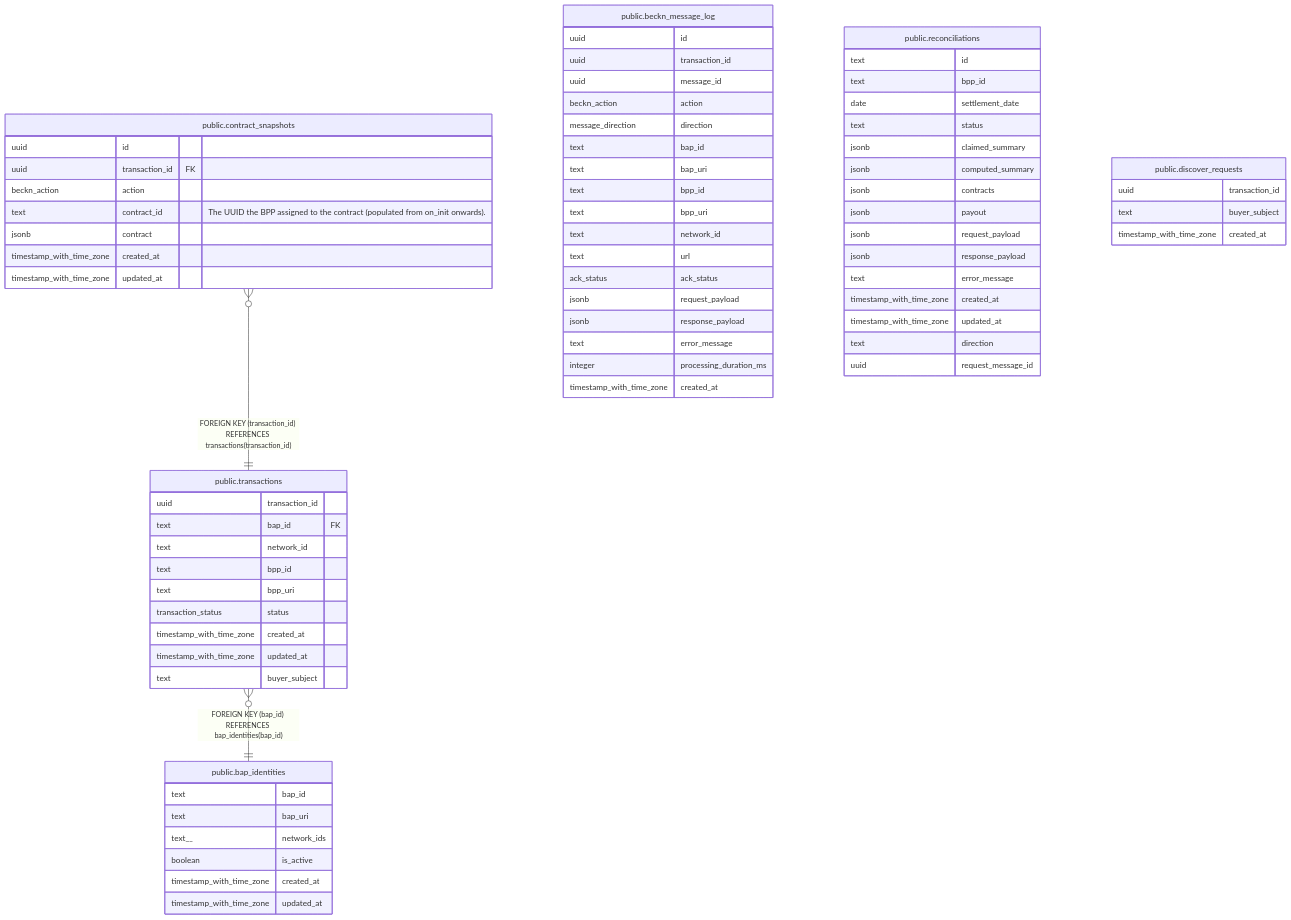
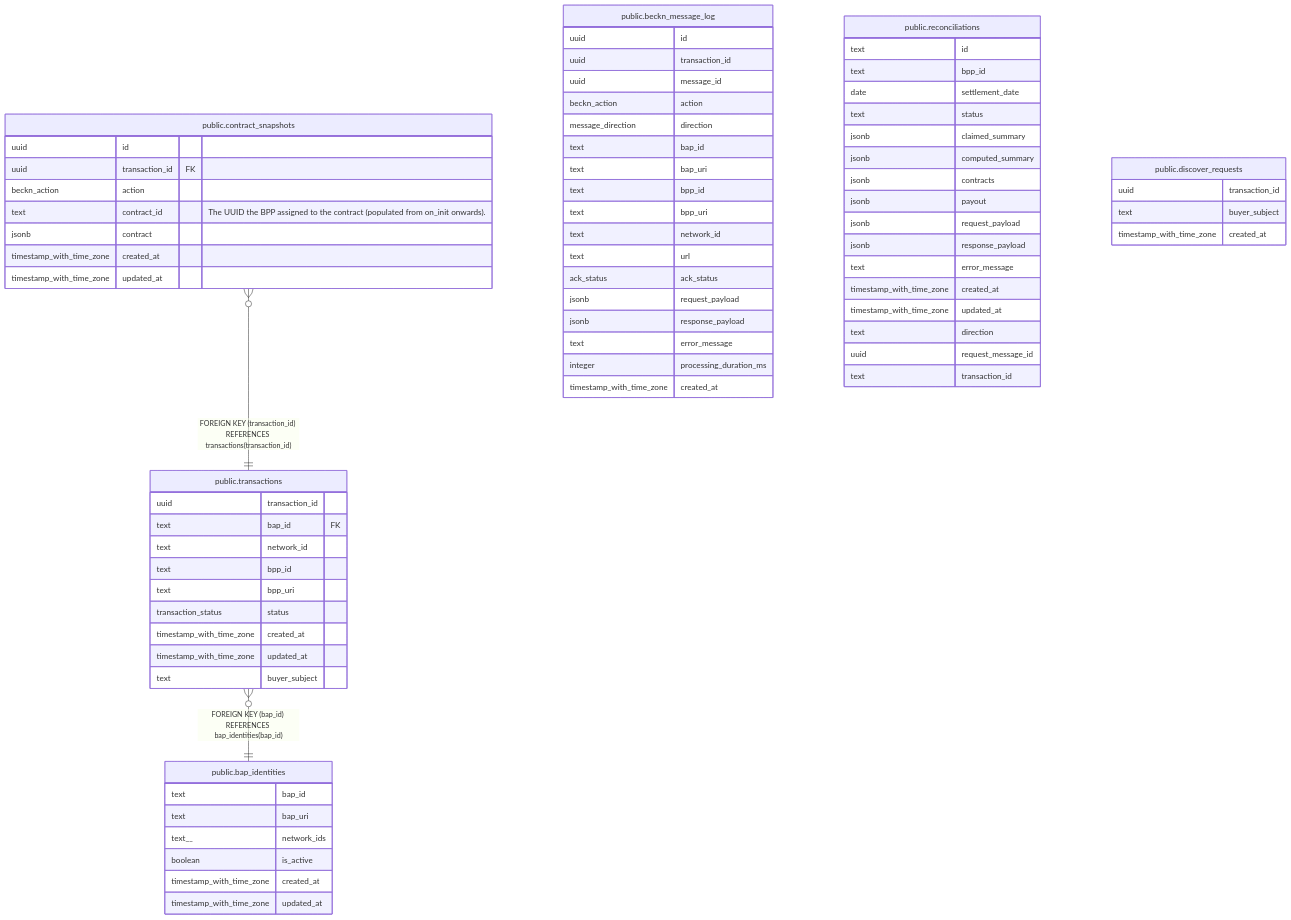
The first of 7 diagrams in docs/db/bap.md (indonesiaopennetwork/reference-app), drawn with Mermaid before and after one commit. The commit also changed other lines of this file and 13 other files, not shown here.

````diff
--- a/docs/db/bap.md
+++ b/docs/db/bap.md
@@ -71,76 +72,77 @@
 ```mermaid
 erDiagram
 
 "public.transactions" }o--|| "public.bap_identities" : "FOREIGN KEY (bap_id) REFERENCES bap_identities(bap_id)"
 "public.contract_snapshots" }o--|| "public.transactions" : "FOREIGN KEY (transaction_id) REFERENCES transactions(transaction_id)"
 
 "public.bap_identities" {
   text bap_id ""
   text bap_uri ""
   text__ network_ids ""
   boolean is_active ""
   timestamp_with_time_zone created_at ""
   timestamp_with_time_zone updated_at ""
 }
 "public.transactions" {
   uuid transaction_id ""
   text bap_id FK ""
   text network_id ""
   text bpp_id ""
   text bpp_uri ""
   transaction_status status ""
   timestamp_with_time_zone created_at ""
   timestamp_with_time_zone updated_at ""
   text buyer_subject ""
 }
 "public.contract_snapshots" {
   uuid id ""
   uuid transaction_id FK ""
   beckn_action action ""
   text contract_id "The UUID the BPP assigned to the contract (populated from on_init onwards)."
   jsonb contract ""
   timestamp_with_time_zone created_at ""
   timestamp_with_time_zone updated_at ""
 }
 "public.beckn_message_log" {
   uuid id ""
   uuid transaction_id ""
   uuid message_id ""
   beckn_action action ""
   message_direction direction ""
   text bap_id ""
   text bap_uri ""
   text bpp_id ""
   text bpp_uri ""
   text network_id ""
   text url ""
   ack_status ack_status ""
   jsonb request_payload ""
   jsonb response_payload ""
   text error_message ""
   integer processing_duration_ms ""
   timestamp_with_time_zone created_at ""
 }
 "public.reconciliations" {
   text id ""
   text bpp_id ""
   date settlement_date ""
   text status ""
   jsonb claimed_summary ""
   jsonb computed_summary ""
   jsonb contracts ""
   jsonb payout ""
   jsonb request_payload ""
   jsonb response_payload ""
   text error_message ""
   timestamp_with_time_zone created_at ""
   timestamp_with_time_zone updated_at ""
   text direction ""
   uuid request_message_id ""
+  text transaction_id ""
 }
 "public.discover_requests" {
   uuid transaction_id ""
   text buyer_subject ""
   timestamp_with_time_zone created_at ""
 }
 ```
````
